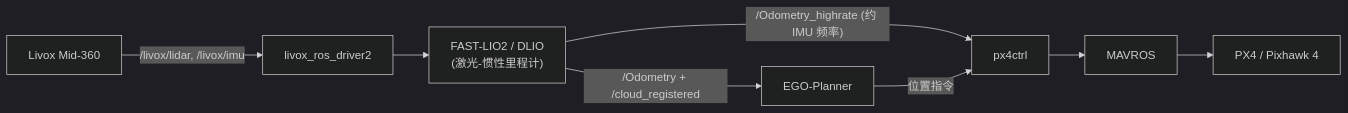
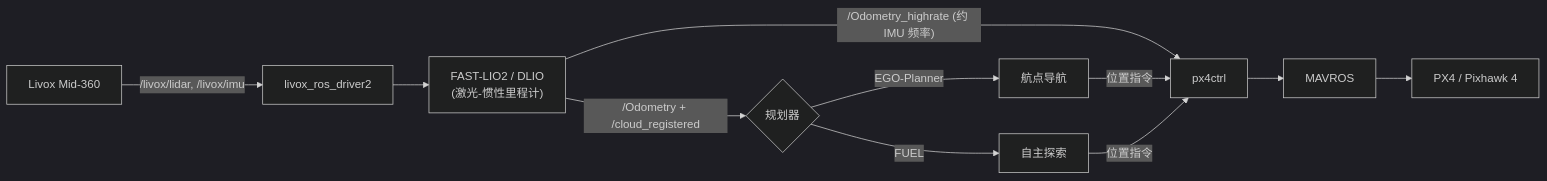
One commit to GrayLee1210/UAV-Navigation-System changed the diagram in README.zh-CN.md. Above: the diagram before and after it, drawn with Mermaid (dark theme). The commit also changed other lines of this file and 464 other files, not shown here.

````diff
--- a/README.zh-CN.md
+++ b/README.zh-CN.md
@@ -46,9 +55,12 @@
 ```mermaid
 graph LR
     A[Livox Mid-360] -->|/livox/lidar, /livox/imu| B[livox_ros_driver2]
     B --> C["FAST-LIO2 / DLIO<br>(激光-惯性里程计)"]
     C -->|"/Odometry_highrate (约 IMU 频率)"| D[px4ctrl]
-    C -->|/Odometry + /cloud_registered| E[EGO-Planner]
+    C -->|/Odometry + /cloud_registered| P{规划器}
+    P -->|EGO-Planner| E[航点导航]
+    P -->|FUEL| F[自主探索]
     E -->|位置指令| D
-    D --> F[MAVROS] --> G[PX4 / Pixhawk 4]
+    F -->|位置指令| D
+    D --> M[MAVROS] --> G[PX4 / Pixhawk 4]
 ```
````
